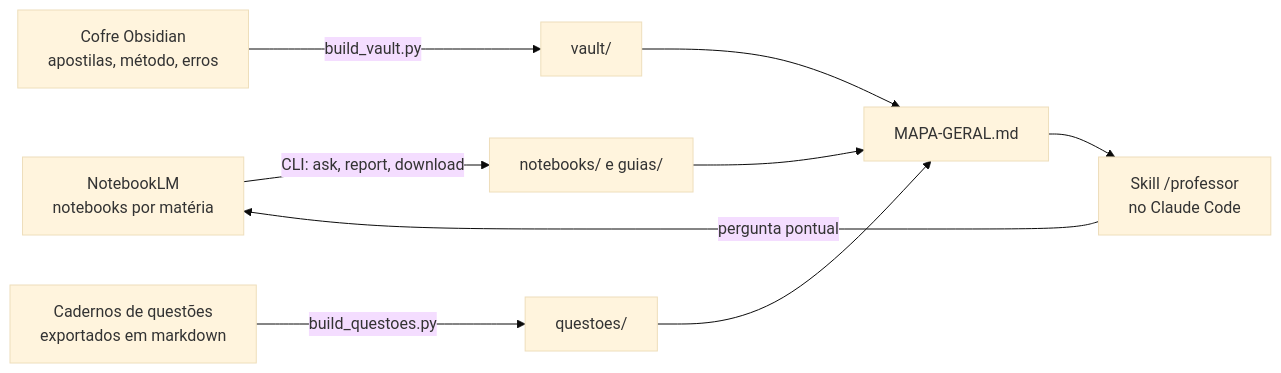
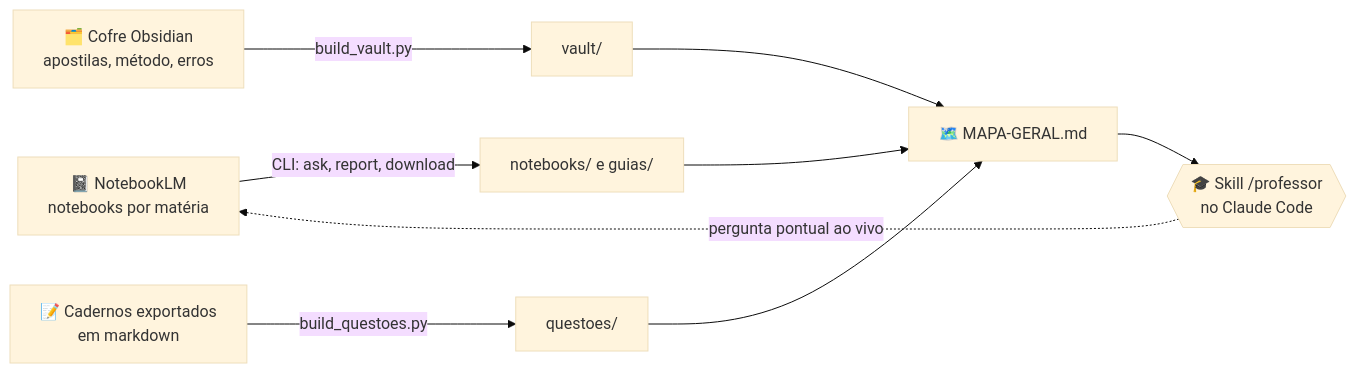
Before and after one commit to thalleskayke6/professor-notebooklm: the second of 7 diagrams in README.md, drawn with Mermaid (base theme). The commit also changed other lines of this file and 61 other files, not shown here.

Commit message:
README no formato visual: TL;DR, diagramas, callouts, mapa mental e cola rápida

````diff
--- a/README.md
+++ b/README.md
@@ -43,11 +48,11 @@
 ```mermaid
 flowchart LR
-    A[NotebookLM<br>notebooks por matéria] -->|CLI: ask, report, download| B[notebooks/ e guias/]
-    C[Cofre Obsidian<br>apostilas, método, erros] -->|build_vault.py| D[vault/]
-    E[Cadernos de questões<br>exportados em markdown] -->|build_questoes.py| F[questoes/]
-    B --> G[MAPA-GERAL.md]
+    A["📓 NotebookLM<br/>notebooks por matéria"] -->|"CLI: ask, report, download"| B["notebooks/ e guias/"]
+    C["🗂️ Cofre Obsidian<br/>apostilas, método, erros"] -->|"build_vault.py"| D["vault/"]
+    E["📝 Cadernos exportados<br/>em markdown"] -->|"build_questoes.py"| F["questoes/"]
+    B --> G["🗺️ MAPA-GERAL.md"]
     D --> G
     F --> G
-    G --> H[Skill /professor<br>no Claude Code]
-    H -->|pergunta pontual| A
+    G --> H{{"🎓 Skill /professor<br/>no Claude Code"}}
+    H -.->|"pergunta pontual ao vivo"| A
 ```
````
